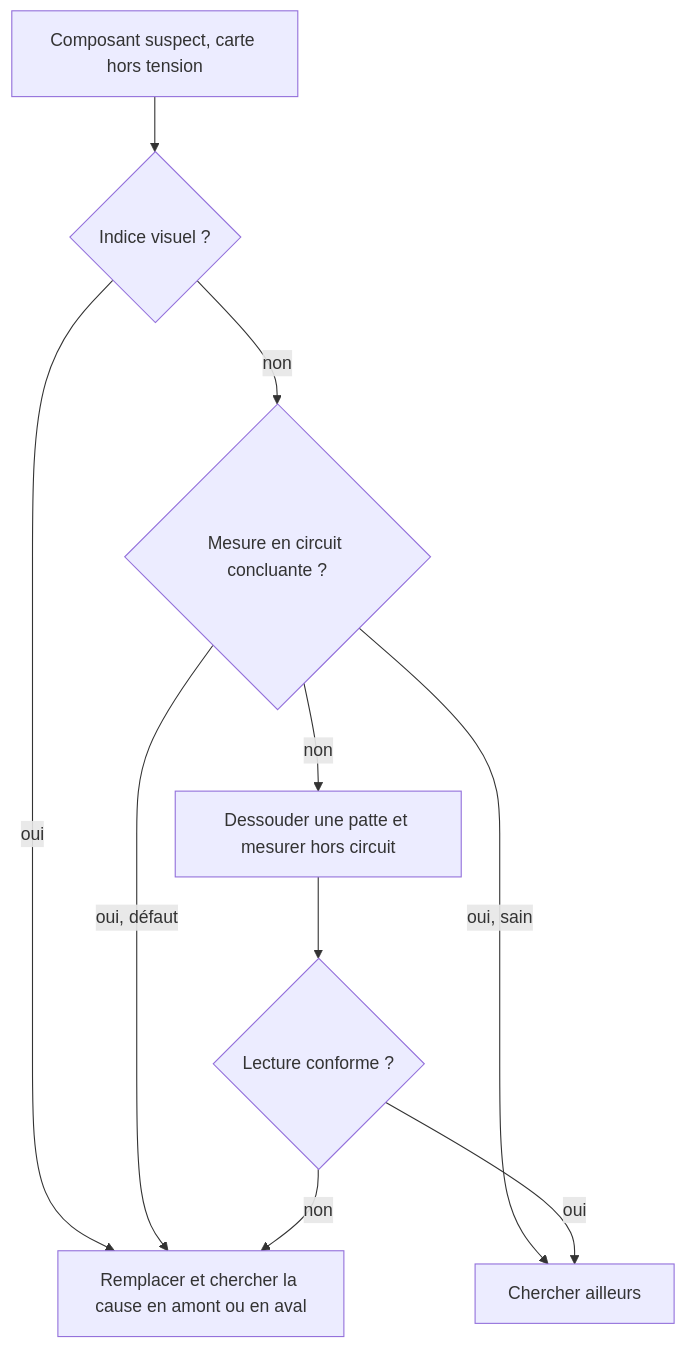
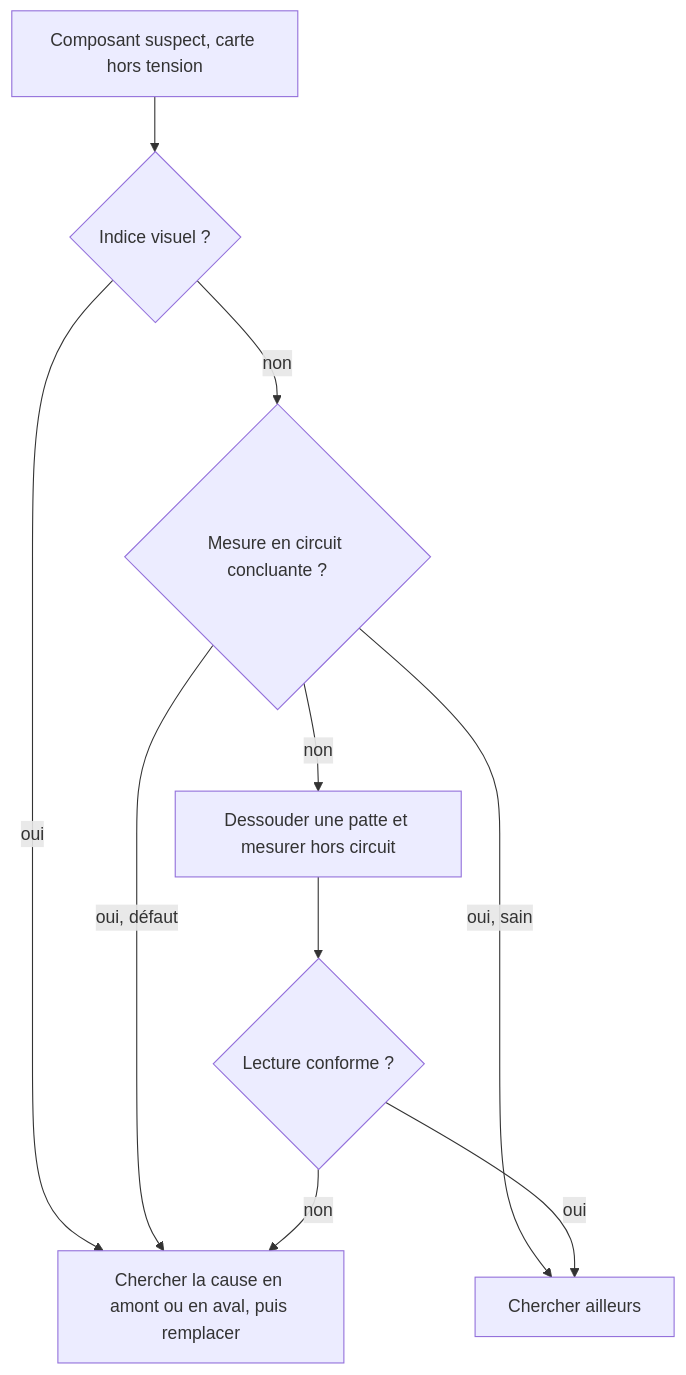
The diagram in troubleshooting/gabarit.md (benoit-bremaud/ohm-sweet-ohm), drawn with Mermaid before and after one commit. The commit also changed other lines of this file and 5 other files, not shown here.

````diff
--- a/troubleshooting/gabarit.md
+++ b/troubleshooting/gabarit.md
@@ -43,12 +43,12 @@
 ```mermaid
 flowchart TD
   A[Composant suspect, carte hors tension] --> B{Indice visuel ?}
-  B -- oui --> C[Remplacer et chercher la cause en amont ou en aval]
+  B -- oui --> C[Chercher la cause en amont ou en aval, puis remplacer]
   B -- non --> D{Mesure en circuit concluante ?}
   D -- oui, défaut --> C
   D -- oui, sain --> E[Chercher ailleurs]
   D -- non --> F[Dessouder une patte et mesurer hors circuit]
   F --> G{Lecture conforme ?}
   G -- oui --> E
   G -- non --> C
 ```
````
